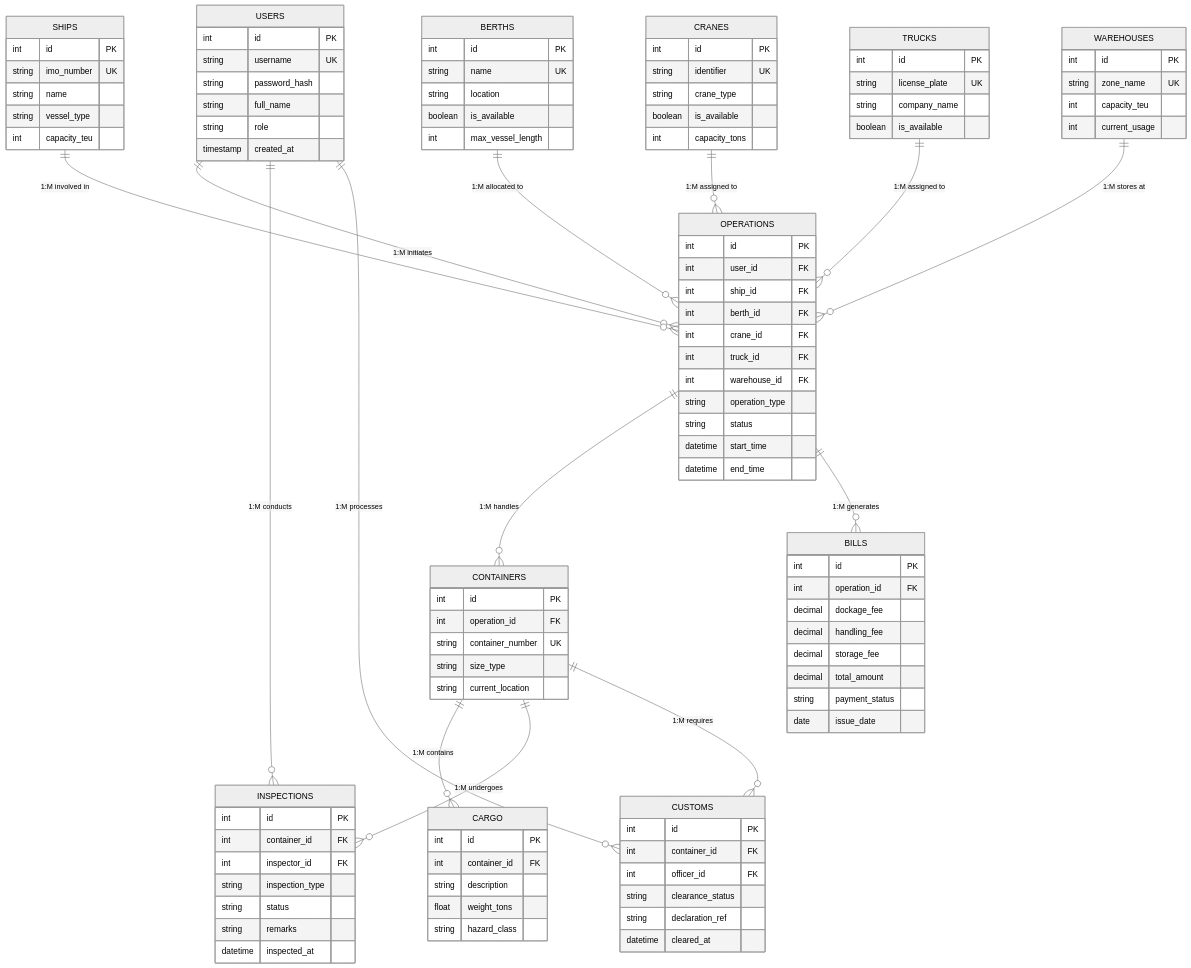
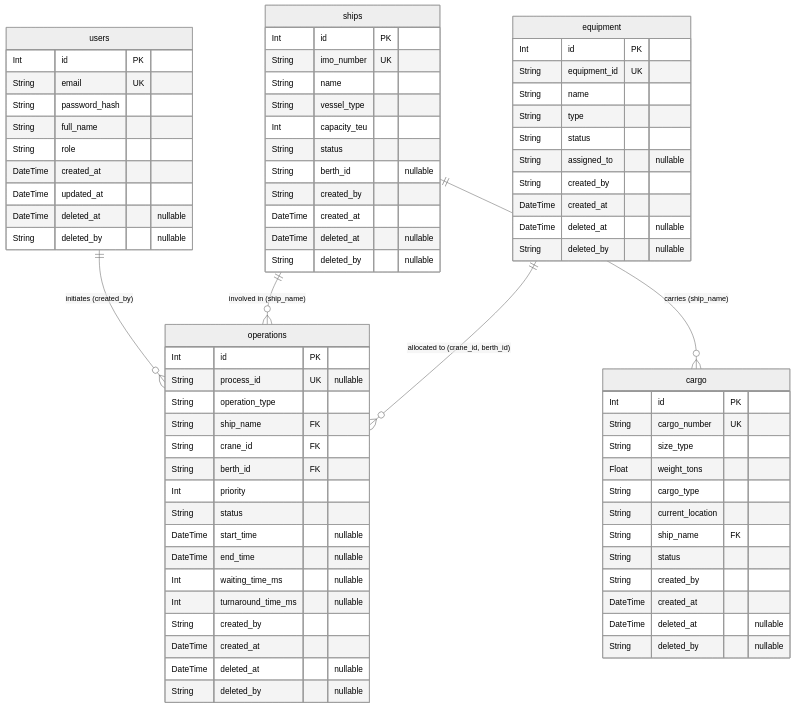
The first of 2 diagrams in folder/PHASE_1.md (Sujalkathait/PortFlow), drawn with Mermaid (neutral theme) before and after one commit. The commit also changed other lines of this file and 30 other files, not shown here.

````diff
--- a/folder/PHASE_1.md
+++ b/folder/PHASE_1.md
@@ -282,112 +19,80 @@
 ```mermaid
 erDiagram
-    USERS ||--o{ OPERATIONS : "1:M initiates"
-    USERS ||--o{ INSPECTIONS : "1:M conducts"
-    USERS ||--o{ CUSTOMS : "1:M processes"
-    SHIPS ||--o{ OPERATIONS : "1:M involved in"
-    BERTHS ||--o{ OPERATIONS : "1:M allocated to"
-    CRANES ||--o{ OPERATIONS : "1:M assigned to"
-    TRUCKS ||--o{ OPERATIONS : "1:M assigned to"
-    WAREHOUSES ||--o{ OPERATIONS : "1:M stores at"
-    OPERATIONS ||--o{ CONTAINERS : "1:M handles"
-    OPERATIONS ||--o{ BILLS : "1:M generates"
-    CONTAINERS ||--o{ CARGO : "1:M contains"
-    CONTAINERS ||--o{ INSPECTIONS : "1:M undergoes"
-    CONTAINERS ||--o{ CUSTOMS : "1:M requires"
-
-    USERS {
-        int id PK
-        string username UK
-        string password_hash
-        string full_name
-        string role
-        timestamp created_at
+    users ||--o{ operations : "initiates (created_by)"
+    ships ||--o{ cargo : "carries (ship_name)"
+    ships ||--o{ operations : "involved in (ship_name)"
+    equipment ||--o{ operations : "allocated to (crane_id, berth_id)"
+    
+    users {
+        Int id PK
+        String email UK
+        String password_hash
+        String full_name
+        String role
+        DateTime created_at
+        DateTime updated_at
+        DateTime deleted_at "nullable"
+        String deleted_by "nullable"
     }
-    SHIPS {
-        int id PK
-        string imo_number UK
-        string name
-        string vessel_type
-        int capacity_teu
+    
+    ships {
+        Int id PK
+        String imo_number UK
+        String name
+        String vessel_type
+        Int capacity_teu
+        String status
+        String berth_id "nullable"
+        String created_by
+        DateTime created_at
+        DateTime deleted_at "nullable"
+        String deleted_by "nullable"
     }
-    BERTHS {
-        int id PK
-        string name UK
-        string location
-        boolean is_available
-        int max_vessel_length
+    
+    cargo {
+        Int id PK
+        String cargo_number UK
+        String size_type
+        Float weight_tons
+        String cargo_type
+        String current_location
+        String ship_name FK
+        String status
+        String created_by
+        DateTime created_at
+        DateTime deleted_at "nullable"
+        String deleted_by "nullable"
     }
-    CRANES {
-        int id PK
-        string identifier UK
-        string crane_type
-        boolean is_available
-        int capacity_tons
+    
+    equipment {
+        Int id PK
+        String equipment_id UK
+        String name
+        String type
+        String status
+        String assigned_to "nullable"
+        String created_by
+        DateTime created_at
+        DateTime deleted_at "nullable"
+        String deleted_by "nullable"
     }
-    WAREHOUSES {
-        int id PK
-        string zone_name UK
-        int capacity_teu
-        int current_usage
-    }
-    TRUCKS {
-        int id PK
-        string license_plate UK
-        string company_name
-        boolean is_available
-    }
-    OPERATIONS {
-        int id PK
-        int user_id FK
-        int ship_id FK
-        int berth_id FK
-        int crane_id FK
-        int truck_id FK
-        int warehouse_id FK
-        string operation_type
-        string status
-        datetime start_time
-        datetime end_time
-    }
-    CONTAINERS {
-        int id PK
-        int operation_id FK
-        string container_number UK
-        string size_type
-        string current_location
-    }
-    CARGO {
-        int id PK
-        int container_id FK
-        string description
-        float weight_tons
-        string hazard_class
-    }
-    INSPECTIONS {
-        int id PK
-        int container_id FK
-        int inspector_id FK
-        string inspection_type
-        string status
-        string remarks
-        datetime inspected_at
-    }
-    CUSTOMS {
-        int id PK
-        int container_id FK
-        int officer_id FK
-        string clearance_status
-        string declaration_ref
-        datetime cleared_at
-    }
-    BILLS {
-        int id PK
-        int operation_id FK
-        decimal dockage_fee
-        decimal handling_fee
-        decimal storage_fee
-        decimal total_amount
-        string payment_status
-        date issue_date
+    
+    operations {
+        Int id PK
+        String process_id UK "nullable"
+        String operation_type
+        String ship_name FK
+        String crane_id FK
+        String berth_id FK
+        Int priority
+        String status
+        DateTime start_time "nullable"
+        DateTime end_time "nullable"
+        Int waiting_time_ms "nullable"
+        Int turnaround_time_ms "nullable"
+        String created_by
+        DateTime created_at
+        DateTime deleted_at "nullable"
+        String deleted_by "nullable"
     }
 ```
````
